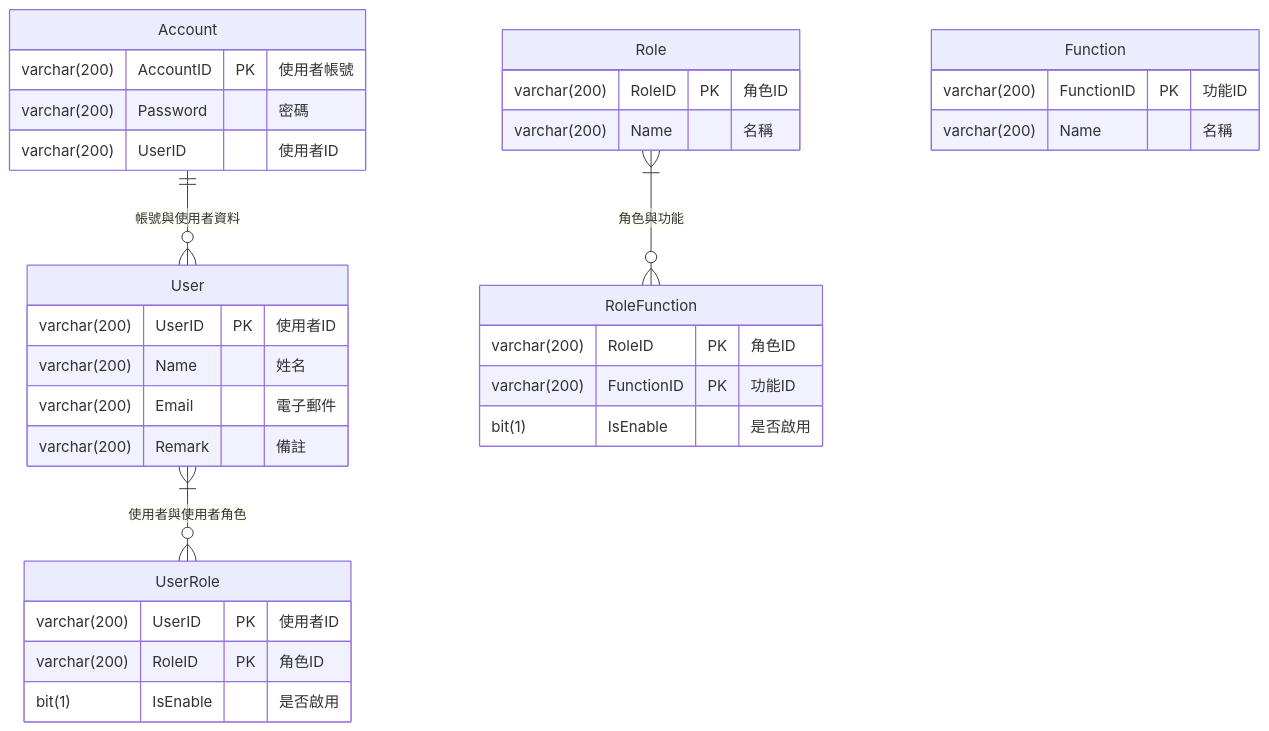
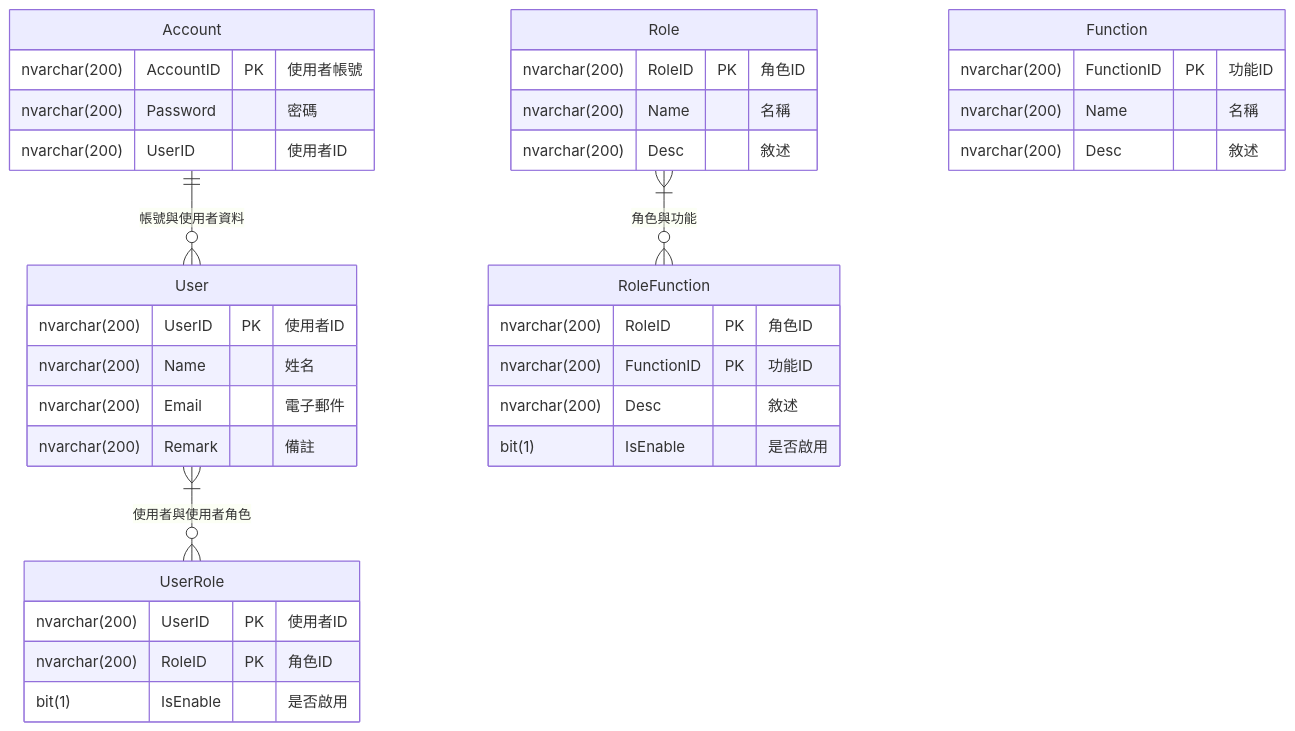
The first of 2 diagrams in Draft/Schema.md (JJDing-Louis/MyWorkItem_Backend), drawn with Mermaid before and after one commit. The commit also changed other lines of this file, not shown here.

````diff
--- a/Draft/Schema.md
+++ b/Draft/Schema.md
@@ -3,41 +3,44 @@
 ```mermaid
 erDiagram
     Account{
-       varchar(200)  AccountID PK "使用者帳號"
-       varchar(200)  Password "密碼"
-       varchar(200)  UserID "使用者ID"
+       nvarchar(200)  AccountID PK "使用者帳號"
+       nvarchar(200)  Password "密碼"
+       nvarchar(200)  UserID "使用者ID"
     }
 
     User{
-       varchar(200)  UserID PK "使用者ID"
-       varchar(200)  Name "姓名"
-       varchar(200)  Email "電子郵件"
-       varchar(200)  Remark "備註"
+       nvarchar(200)  UserID PK "使用者ID"
+       nvarchar(200)  Name "姓名"
+       nvarchar(200)  Email "電子郵件"
+       nvarchar(200)  Remark "備註"
     }
 
     Role{
-       varchar(200)  RoleID PK "角色ID"
-       varchar(200)  Name "名稱"
+       nvarchar(200)  RoleID PK "角色ID"
+       nvarchar(200)  Name "名稱"
+       nvarchar(200)  Desc "敘述"
     }
 
     UserRole{
-       varchar(200)  UserID PK "使用者ID"
-       varchar(200)  RoleID PK "角色ID"
+       nvarchar(200)  UserID PK "使用者ID"
+       nvarchar(200)  RoleID PK "角色ID"
        bit(1)        IsEnable "是否啟用"
     }
 
     RoleFunction{
-       varchar(200)  RoleID PK "角色ID"
-       varchar(200)  FunctionID PK "功能ID"
-       bit(1)        IsEnable "是否啟用"
+       nvarchar(200)  RoleID PK "角色ID"
+       nvarchar(200)  FunctionID PK "功能ID"
+       nvarchar(200)  Desc "敘述"
+       bit(1)         IsEnable "是否啟用"
     }
 
     Function{
-      varchar(200)  FunctionID PK "功能ID"
-      varchar(200)  Name           "名稱"
+      nvarchar(200)  FunctionID PK "功能ID"
+      nvarchar(200)  Name           "名稱"
+      nvarchar(200)  Desc           "敘述"
     }
 
     Account ||--o{ User : "帳號與使用者資料"
     User |{--o{ UserRole : "使用者與使用者角色"
     Role |{--o{ RoleFunction : "角色與功能"
 ```
````
